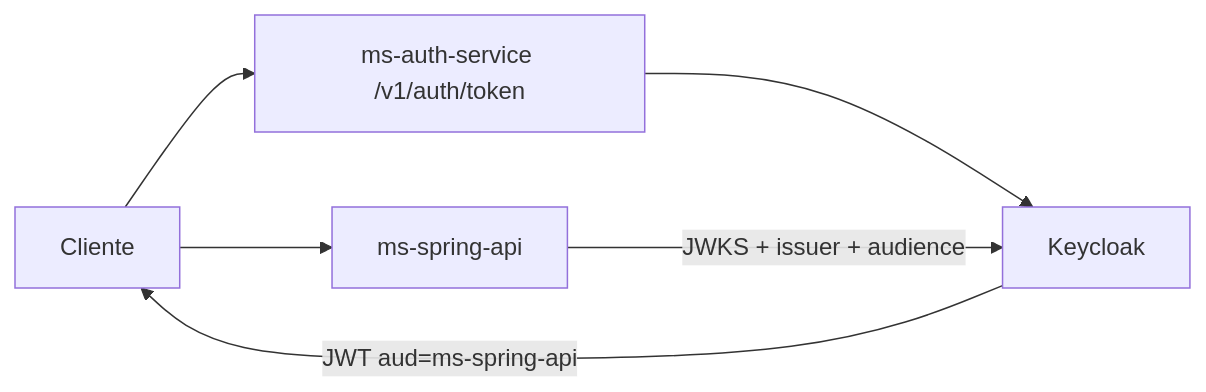
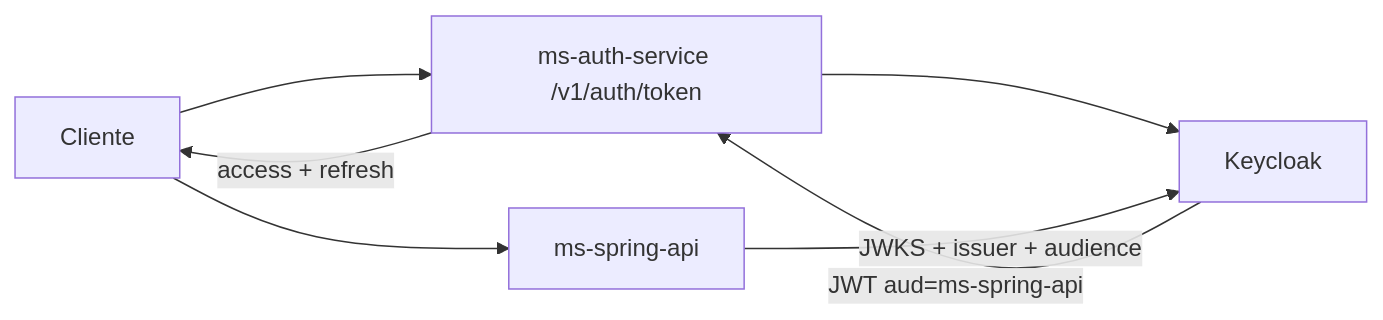
Before and after one commit to Ouros-App/ouros-docs: the first of 2 diagrams in docs/apis/authentication.md, drawn with Mermaid. The commit also changed 3 other files, not shown here.

````diff
--- a/docs/apis/authentication.md
+++ b/docs/apis/authentication.md
@@ -7,8 +7,9 @@
 ```mermaid
 flowchart LR
     CLIENT[Cliente] --> AUTH[ms-auth-service /v1/auth/token]
     AUTH --> KC[Keycloak]
-    KC -->|JWT aud=ms-spring-api| CLIENT
+    KC -->|JWT aud=ms-spring-api| AUTH
+    AUTH -->|access + refresh| CLIENT
     CLIENT --> SPRING[ms-spring-api]
     SPRING -->|JWKS + issuer + audience| KC
 ```
````
